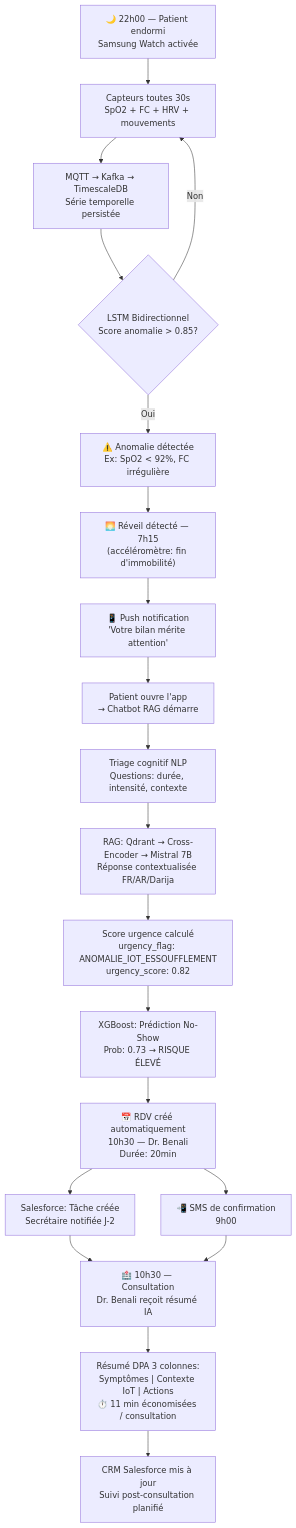
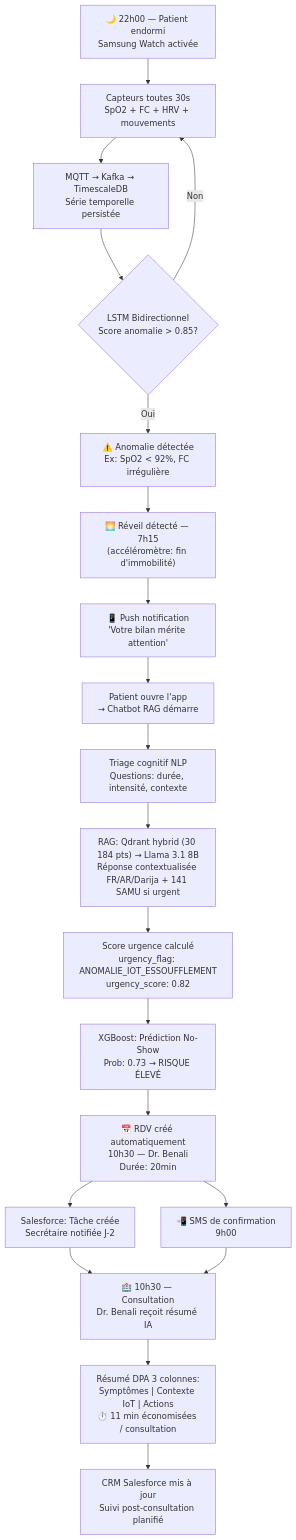
Before and after one commit to Boussyf0/MediSense-AI: diagram 23 of 32 in docs/DIAGRAMMES.md, drawn with Mermaid. The commit also changed other lines of this file and 17 other files, not shown here.

````diff
--- a/docs/DIAGRAMMES.md
+++ b/docs/DIAGRAMMES.md
@@ -982,28 +1018,28 @@
 ```mermaid
 flowchart TD
     A["🌙 22h00 — Patient endormi<br/>Samsung Watch activée"]
     B["Capteurs toutes 30s<br/>SpO2 + FC + HRV + mouvements"]
     C["MQTT → Kafka → TimescaleDB<br/>Série temporelle persistée"]
     D{"LSTM Bidirectionnel<br/>Score anomalie > 0.85?"}
     E["⚠️ Anomalie détectée<br/>Ex: SpO2 < 92%, FC irrégulière"]
     F["🌅 Réveil détecté — 7h15<br/>(accéléromètre: fin d'immobilité)"]
     G["📱 Push notification<br/>'Votre bilan mérite attention'"]
     H["Patient ouvre l'app<br/>→ Chatbot RAG démarre"]
     I["Triage cognitif NLP<br/>Questions: durée, intensité, contexte"]
-    J["RAG: Qdrant → Cross-Encoder → Mistral 7B<br/>Réponse contextualisée FR/AR/Darija"]
+    J["RAG: Qdrant hybrid (30 184 pts) → Llama 3.1 8B<br/>Réponse contextualisée FR/AR/Darija + 141 SAMU si urgent"]
     K["Score urgence calculé<br/>urgency_flag: ANOMALIE_IOT_ESSOUFFLEMENT<br/>urgency_score: 0.82"]
     L["XGBoost: Prédiction No-Show<br/>Prob: 0.73 → RISQUE ÉLEVÉ"]
     M["📅 RDV créé automatiquement<br/>10h30 — Dr. Benali<br/>Durée: 20min"]
     N["Salesforce: Tâche créée<br/>Secrétaire notifiée J-2"]
     O["📲 SMS de confirmation<br/>9h00"]
     P["🏥 10h30 — Consultation<br/>Dr. Benali reçoit résumé IA"]
     Q["Résumé DPA 3 colonnes:<br/>Symptômes | Contexte IoT | Actions<br/>⏱️ 11 min économisées / consultation"]
     R["CRM Salesforce mis à jour<br/>Suivi post-consultation planifié"]
 
     A --> B --> C --> D
     D -->|Non| B
     D -->|Oui| E --> F --> G --> H
     H --> I --> J --> K --> L --> M
     M --> N & O
     N & O --> P --> Q --> R
 ```
````
